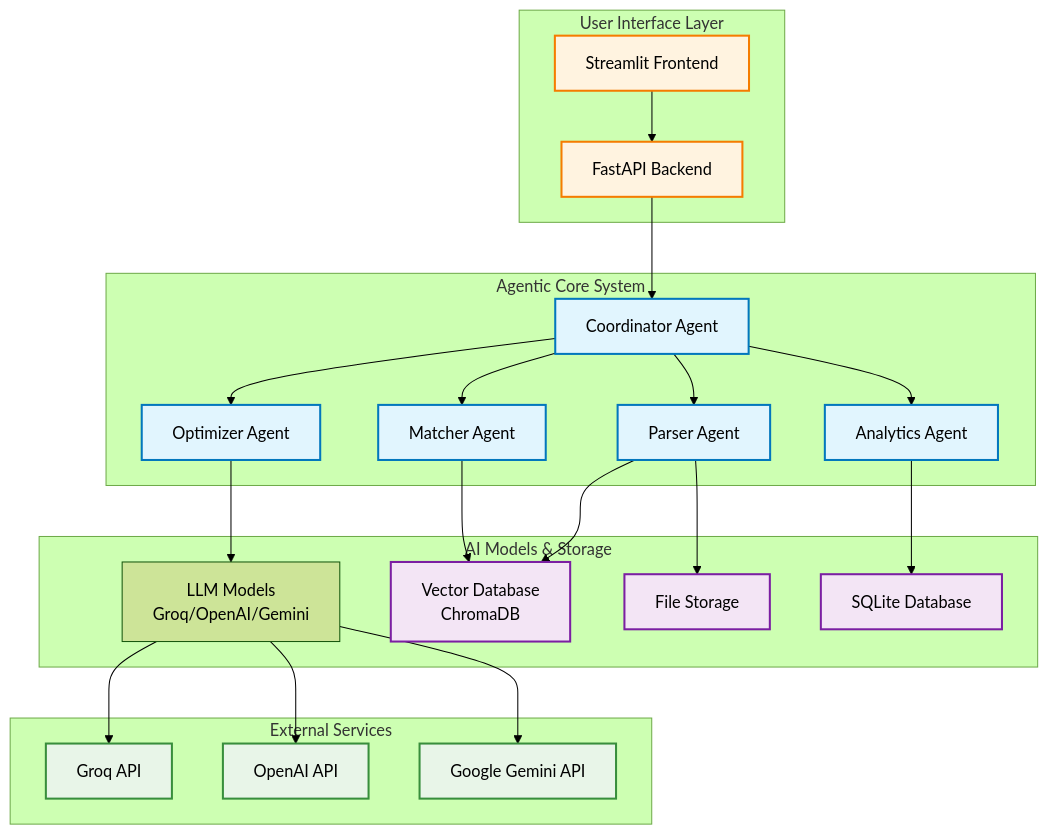
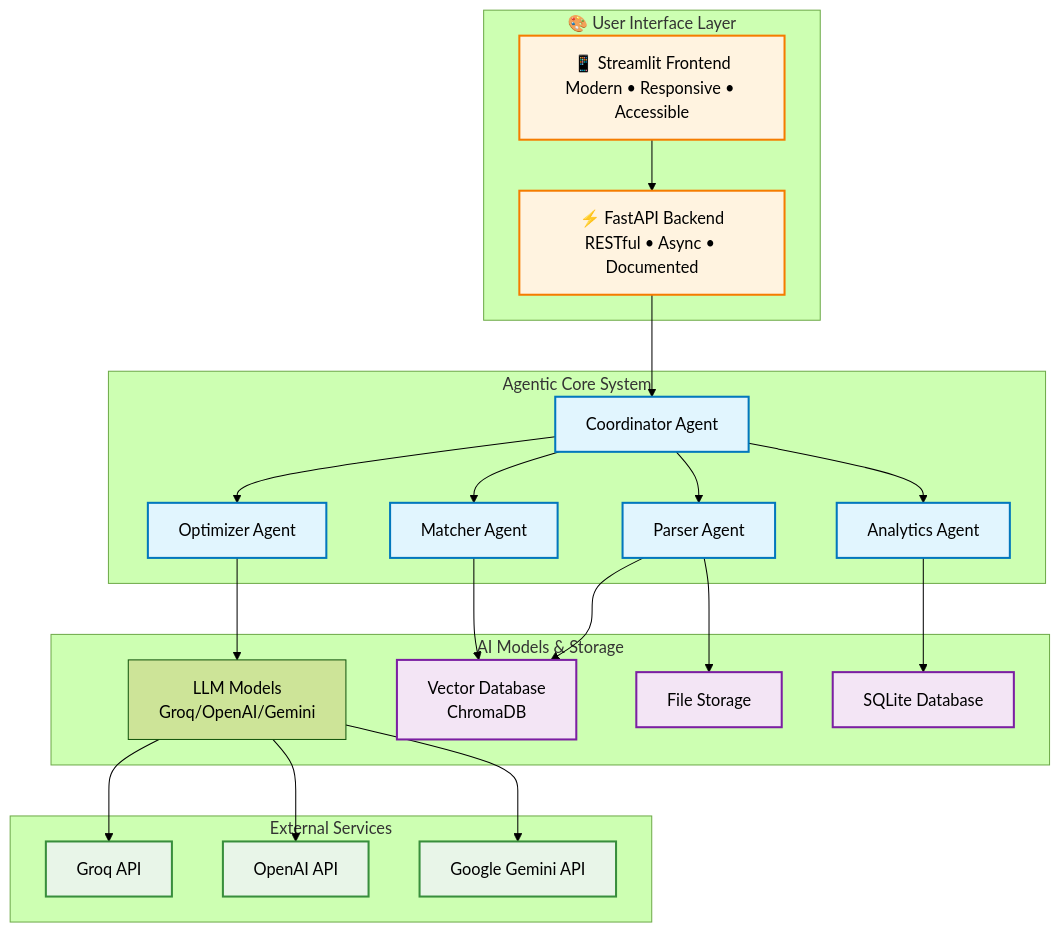
One commit to anilyadav6803/ResumeAI changed the diagram in AGENT_ARCHITECTURE.md. Above: the diagram before and after it, drawn with Mermaid (forest theme). The commit also changed other lines of this file, not shown here.

Commit message:
Revise AGENT_ARCHITECTURE.md to enhance UI/UX design section with principles and modern interface details

````diff
--- a/AGENT_ARCHITECTURE.md
+++ b/AGENT_ARCHITECTURE.md
@@ -7,61 +18,61 @@
 ```mermaid
 graph TB
-    subgraph "User Interface Layer"
-        UI[Streamlit Frontend]
-        API[FastAPI Backend]
+    subgraph "🎨 User Interface Layer"
+        UI[📱 Streamlit Frontend<br/>Modern • Responsive • Accessible]
+        API[⚡ FastAPI Backend<br/>RESTful • Async • Documented]
     end
     
     subgraph "Agentic Core System"
         CO[Coordinator Agent]
         PA[Parser Agent]
         MA[Matcher Agent]
         OA[Optimizer Agent]
         AA[Analytics Agent]
     end
     
     subgraph "AI Models & Storage"
         LLM[LLM Models<br/>Groq/OpenAI/Gemini]
         VDB[Vector Database<br/>ChromaDB]
         FS[File Storage]
         DB[SQLite Database]
     end
     
     subgraph "External Services"
         GROQ[Groq API]
         OPENAI[OpenAI API]
         GOOGLE[Google Gemini API]
     end
     
     %% User interactions
     UI --> API
     API --> CO
     
     %% Agent communications
     CO --> PA
     CO --> MA
     CO --> OA
     CO --> AA
     
     %% Data flow
     PA --> VDB
     PA --> FS
     MA --> VDB
     OA --> LLM
     AA --> DB
     
     %% External API calls
     LLM --> GROQ
     LLM --> OPENAI
     LLM --> GOOGLE
     
     %% Styling
     classDef agent fill:#e1f5fe,stroke:#0277bd,stroke-width:2px
     classDef storage fill:#f3e5f5,stroke:#7b1fa2,stroke-width:2px
     classDef external fill:#e8f5e8,stroke:#388e3c,stroke-width:2px
     classDef ui fill:#fff3e0,stroke:#f57c00,stroke-width:2px
     
     class CO,PA,MA,OA,AA agent
     class VDB,FS,DB storage
     class GROQ,OPENAI,GOOGLE external
     class UI,API ui
 ```
````
